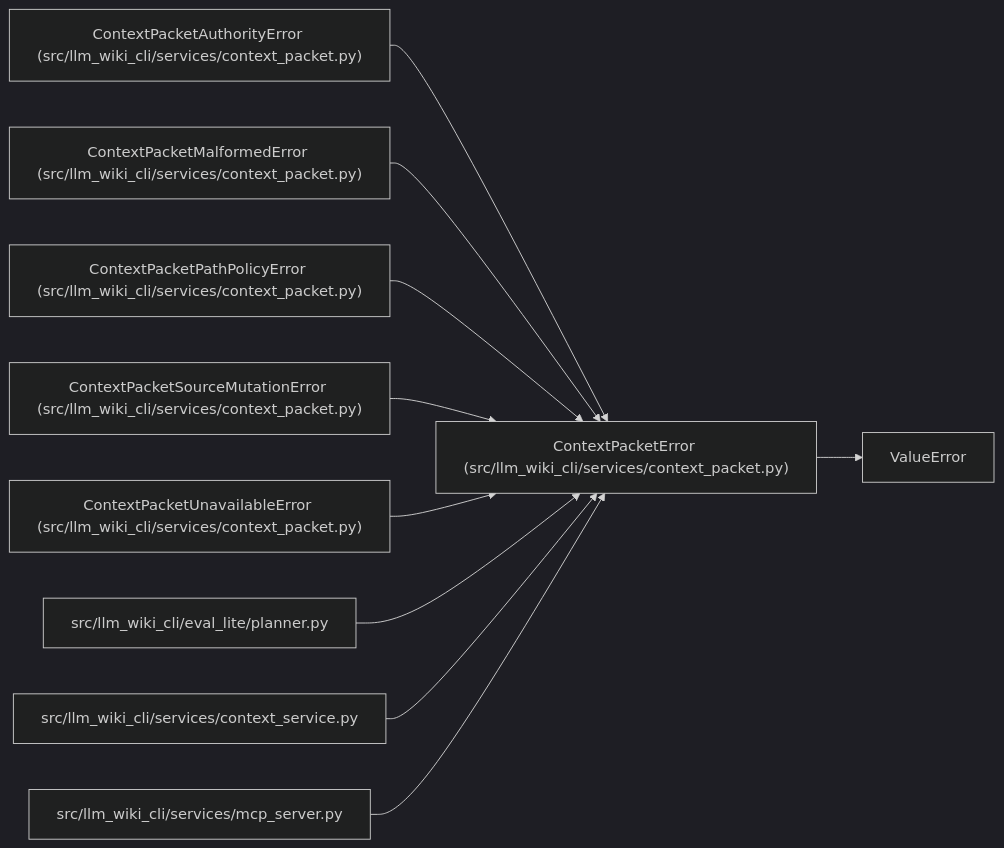
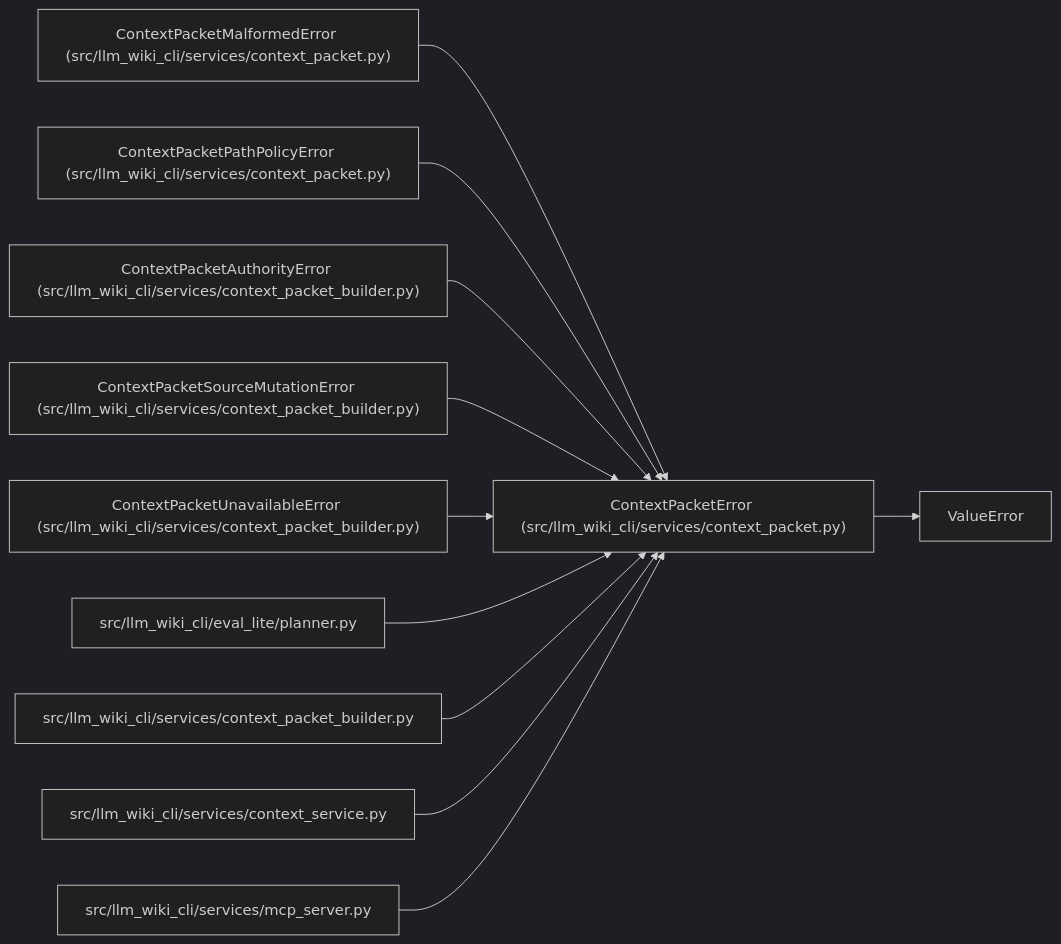
One commit to Denissvgn/python-wiki-llm changed the diagram in docs/llm_wiki/entities/ContextPacketError.md. Above: the diagram before and after it, drawn with Mermaid (dark theme). The commit also changed other lines of this file and 1555 other files, not shown here.

````diff
--- a/docs/llm_wiki/entities/ContextPacketError.md
+++ b/docs/llm_wiki/entities/ContextPacketError.md
@@ -23,31 +23,34 @@
 ```mermaid
 flowchart LR
     n0["ContextPacketError (src/llm_wiki_cli/services/context_packet.py)"]
     n1["ValueError"]
-    n2["ContextPacketAuthorityError (src/llm_wiki_cli/services/context_packet.py)"]
-    n3["ContextPacketMalformedError (src/llm_wiki_cli/services/context_packet.py)"]
-    n4["ContextPacketPathPolicyError (src/llm_wiki_cli/services/context_packet.py)"]
-    n5["ContextPacketSourceMutationError (src/llm_wiki_cli/services/context_packet.py)"]
-    n6["ContextPacketUnavailableError (src/llm_wiki_cli/services/context_packet.py)"]
+    n2["ContextPacketMalformedError (src/llm_wiki_cli/services/context_packet.py)"]
+    n3["ContextPacketPathPolicyError (src/llm_wiki_cli/services/context_packet.py)"]
+    n4["ContextPacketAuthorityError (src/llm_wiki_cli/services/context_packet_builder.py)"]
+    n5["ContextPacketSourceMutationError (src/llm_wiki_cli/services/context_packet_builder.py)"]
+    n6["ContextPacketUnavailableError (src/llm_wiki_cli/services/context_packet_builder.py)"]
     n7["src/llm_wiki_cli/eval_lite/planner.py"]
-    n8["src/llm_wiki_cli/services/context_service.py"]
-    n9["src/llm_wiki_cli/services/mcp_server.py"]
+    n8["src/llm_wiki_cli/services/context_packet_builder.py"]
+    n9["src/llm_wiki_cli/services/context_service.py"]
+    n10["src/llm_wiki_cli/services/mcp_server.py"]
     n0 --> n1
     n2 --> n0
     n3 --> n0
     n4 --> n0
     n5 --> n0
     n6 --> n0
     n7 --> n0
     n8 --> n0
     n9 --> n0
+    n10 --> n0
     click n0 "../modules/context_packet.md"
     click n2 "../modules/context_packet.md"
     click n3 "../modules/context_packet.md"
-    click n4 "../modules/context_packet.md"
-    click n5 "../modules/context_packet.md"
-    click n6 "../modules/context_packet.md"
+    click n4 "../modules/context_packet_builder.md"
+    click n5 "../modules/context_packet_builder.md"
+    click n6 "../modules/context_packet_builder.md"
     click n7 "../modules/planner.md"
-    click n8 "../modules/context_service.md"
-    click n9 "../modules/mcp_server.md"
+    click n8 "../modules/context_packet_builder.md"
+    click n9 "../modules/context_service.md"
+    click n10 "../modules/mcp_server.md"
 ```
````
